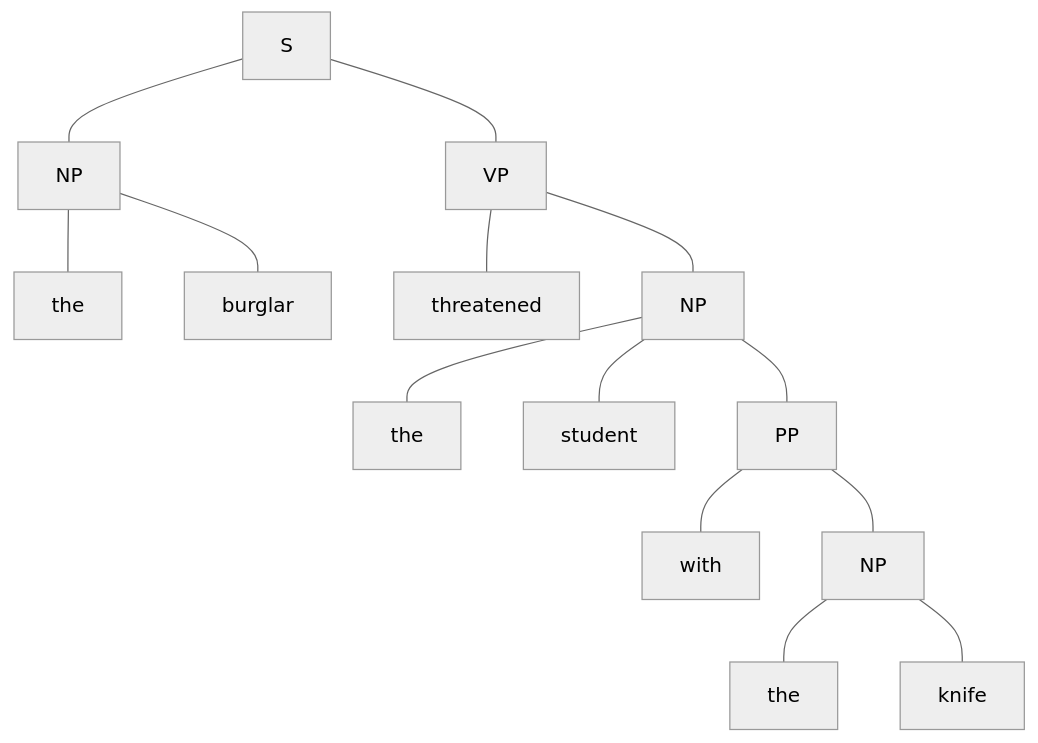
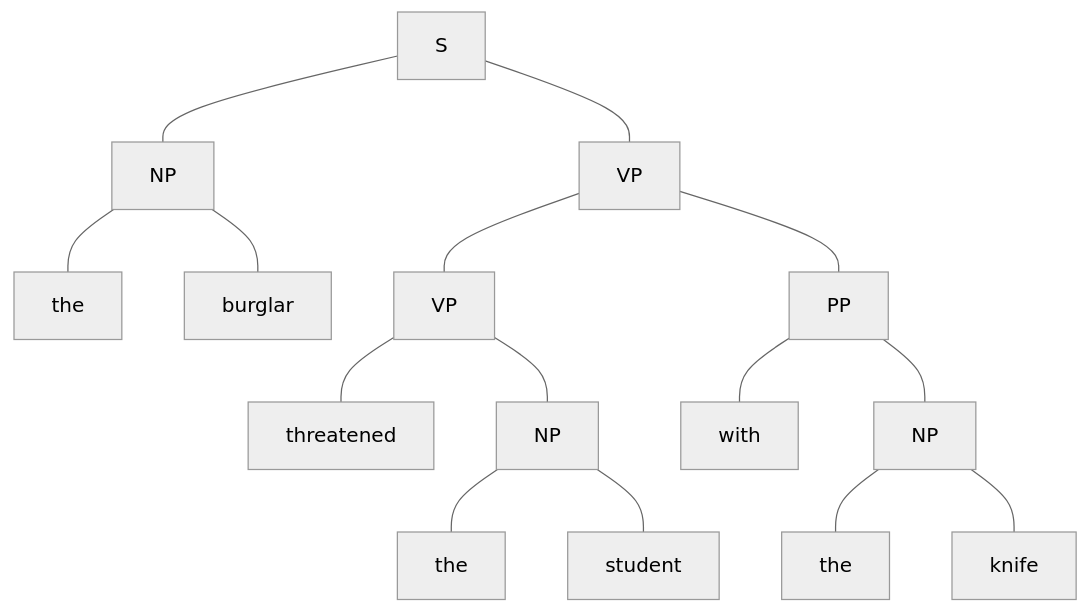
One commit to CSS-TARUMT-PG/BACS3074-Past-Year-Answer changed the fourth of 5 diagrams in 2025-MAY/answer.md. Above: the diagram before and after it, drawn with Mermaid (neutral theme). The commit also changed other lines of this file, not shown here.

````diff
--- a/2025-MAY/answer.md
+++ b/2025-MAY/answer.md
@@ -115,16 +116,17 @@
 ```mermaid
 graph TD
     S --- NP1["NP"]
-    S --- VP1["VP"]
+    S --- VP2["VP"]
     NP1 --- Det1["the"]
     NP1 --- N1["burglar"]
+    VP2 --- VP1["VP"]
+    VP2 --- PP1["PP"]
     VP1 --- V1["threatened"]
     VP1 --- NP2["NP"]
     NP2 --- Det2["the"]
     NP2 --- N2["student"]
-    NP2 --- PP1["PP"]
     PP1 --- P1["with"]
     PP1 --- NP3["NP"]
     NP3 --- Det3["the"]
     NP3 --- N3["knife"]
 ```
````
